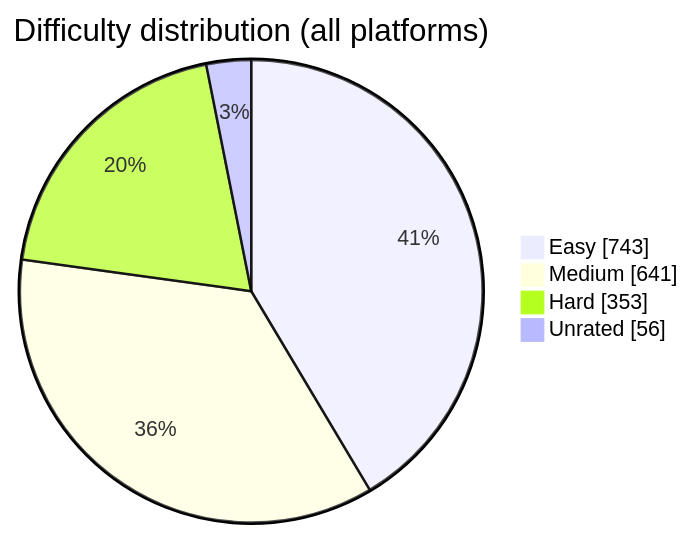
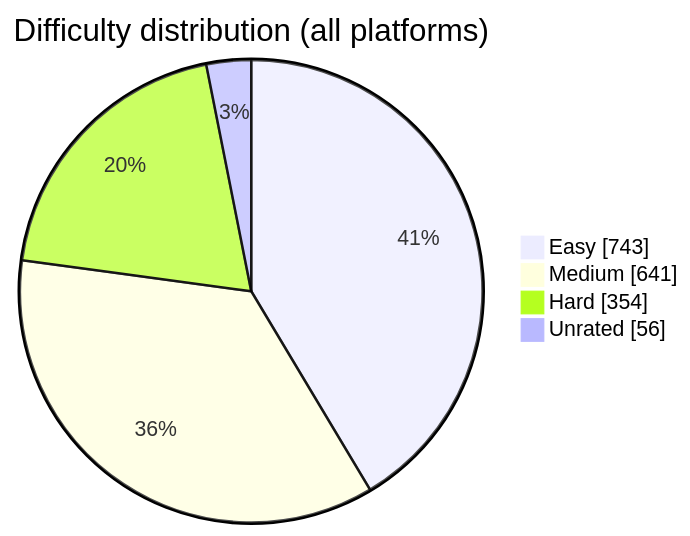
The diagram in README.md (BuildbyArindam/Daily-Coding-Log), drawn with Mermaid before and after one commit. The commit also changed other lines of this file, not shown here.

````diff
--- a/README.md
+++ b/README.md
@@ -108,7 +108,7 @@
 ```mermaid
 pie showData title Difficulty distribution (all platforms)
     "Easy" : 743
     "Medium" : 641
-    "Hard" : 353
+    "Hard" : 354
     "Unrated" : 56
 ```
````
